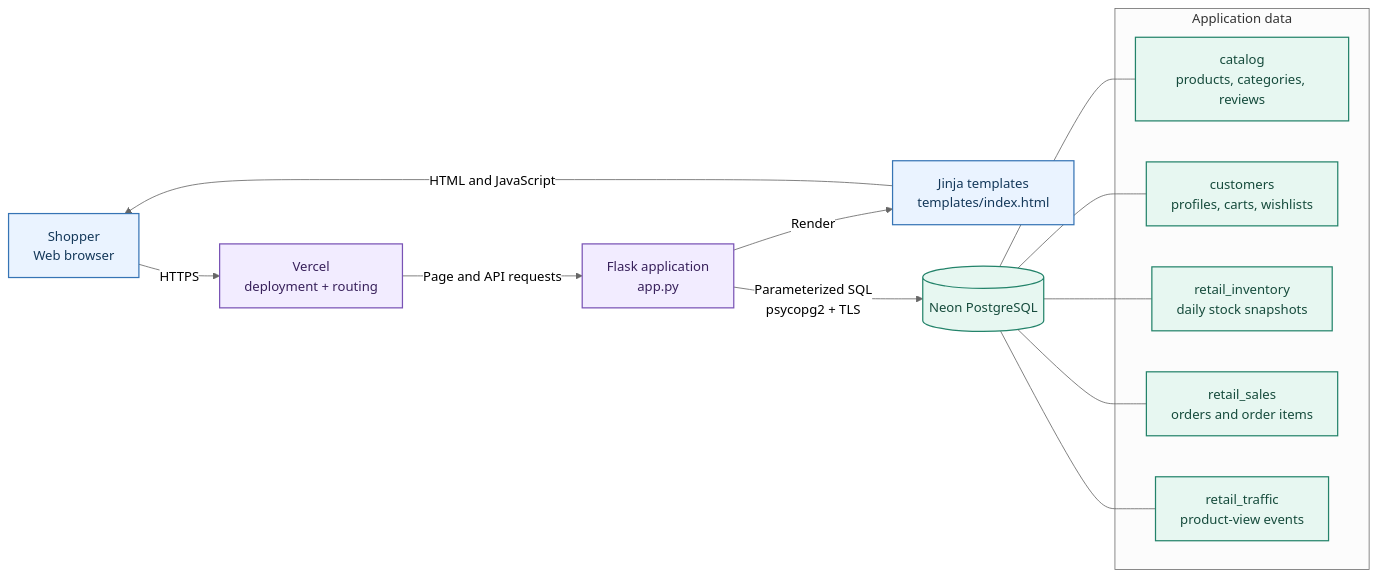
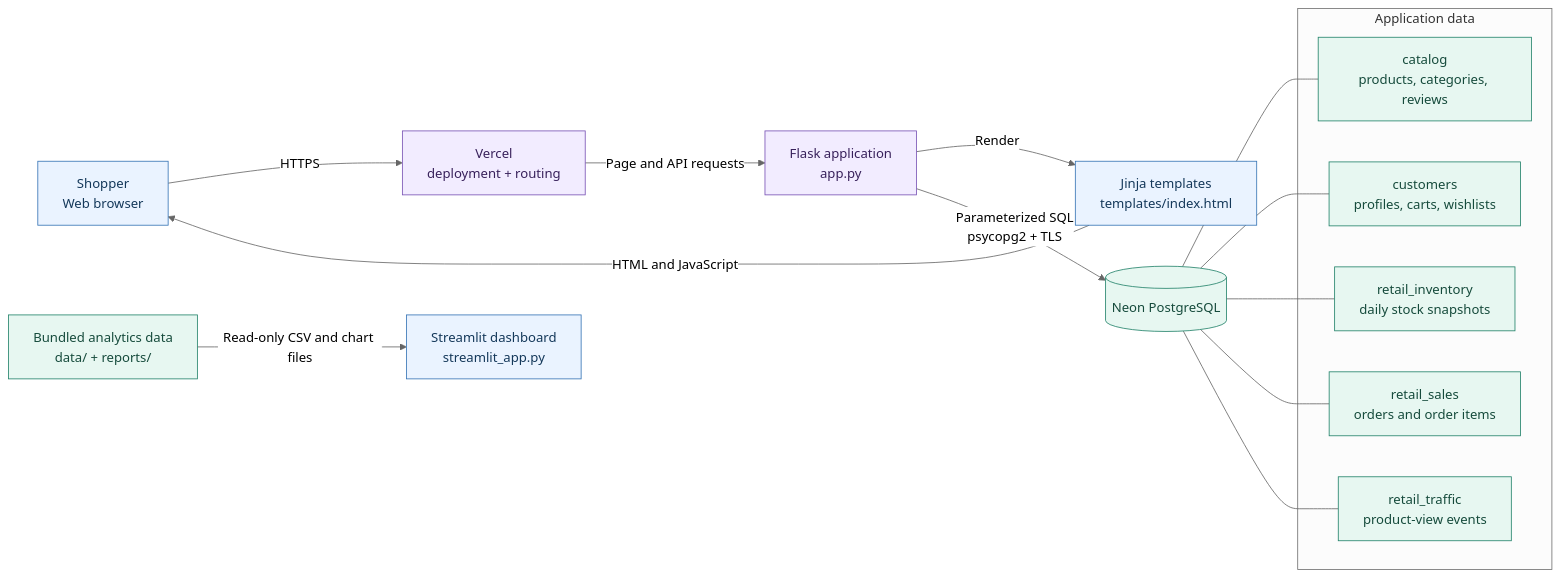
One commit to poruri-santhosh/Aislewise changed the first of 3 diagrams in README.md. Above: the diagram before and after it, drawn with Mermaid (neutral theme). The commit also changed other lines of this file and 4 other files, not shown here.

Commit message:
Add Streamlit product intelligence dashboard

````diff
--- a/README.md
+++ b/README.md
@@ -39,28 +41,29 @@
 ```mermaid
 flowchart LR
     shopper["Shopper<br/>Web browser"] -->|HTTPS| vercel["Vercel<br/>deployment + routing"]
     vercel -->|Page and API requests| flask["Flask application<br/>app.py"]
     flask -->|Render| templates["Jinja templates<br/>templates/index.html"]
     templates -->|HTML and JavaScript| shopper
     flask -->|Parameterized SQL<br/>psycopg2 + TLS| postgres[("Neon PostgreSQL")]
+    snapshot["Bundled analytics data<br/>data/ + reports/"] -->|Read-only CSV and chart files| dashboard["Streamlit dashboard<br/>streamlit_app.py"]
 
     subgraph appdata["Application data"]
         catalog["catalog<br/>products, categories, reviews"]
         customers["customers<br/>profiles, carts, wishlists"]
         inventory["retail_inventory<br/>daily stock snapshots"]
         sales["retail_sales<br/>orders and order items"]
         traffic["retail_traffic<br/>product-view events"]
     end
     postgres --- catalog
     postgres --- customers
     postgres --- inventory
     postgres --- sales
     postgres --- traffic
 
-    classDef experience fill:#eaf3ff,stroke:#3674b5,color:#14385a,stroke-width:1.5px
-    classDef service fill:#f2ecff,stroke:#7953b5,color:#38215b,stroke-width:1.5px
-    classDef storage fill:#e7f7f1,stroke:#23836a,color:#164b3c,stroke-width:1.5px
-    class shopper,templates experience
+    classDef experience fill:#eaf3ff,stroke:#3674b5,color:#14385a
+    classDef service fill:#f2ecff,stroke:#7953b5,color:#38215b
+    classDef storage fill:#e7f7f1,stroke:#23836a,color:#164b3c
+    class shopper,templates,dashboard experience
     class vercel,flask service
-    class postgres,catalog,customers,inventory,sales,traffic storage
+    class postgres,catalog,customers,inventory,sales,traffic,snapshot storage
 ```
````
